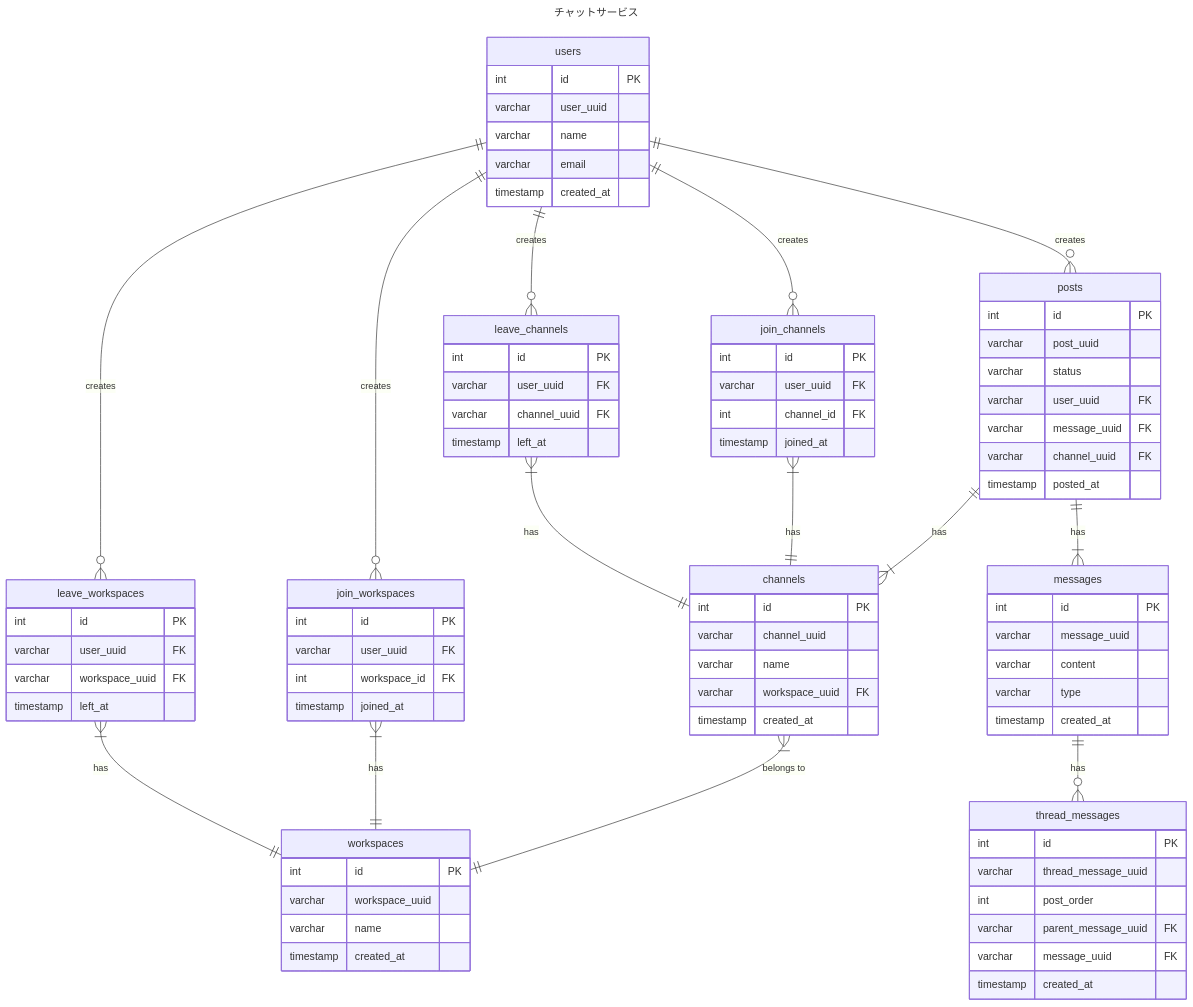
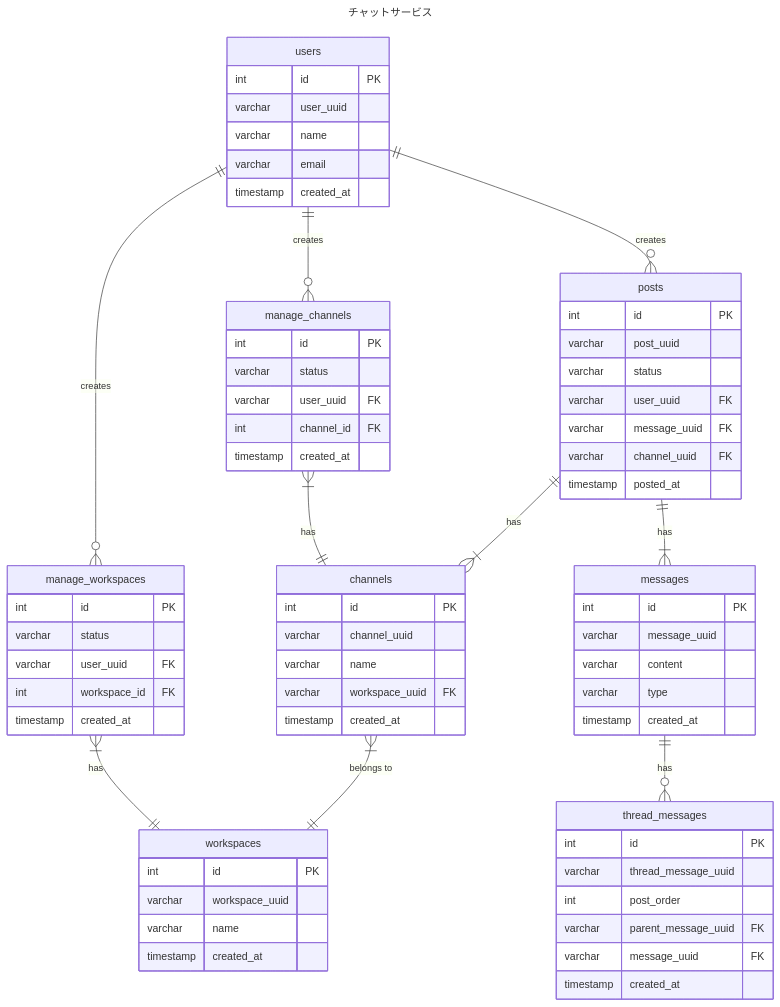
Before and after one commit to ttakuma17/til: the diagram in db/modeling/2/er.md, drawn with Mermaid.

Commit message:
テーブル名はしっくりこないがjoinとleave系のテーブルをマージ1つにまとめるERD

````diff
--- a/db/modeling/2/er.md
+++ b/db/modeling/2/er.md
@@ -48,33 +48,21 @@
     varchar workspace_uuid FK
     timestamp created_at
   }
-  %% ワークスペース参加(E)
-  join_workspaces {
+  %% ワークスペース(E)
+  manage_workspaces {
     int id PK
+    varchar status
     varchar user_uuid FK
     int workspace_id FK
-    timestamp joined_at
+    timestamp created_at
   }
-  %% チャンネル参加(E)
-  join_channels {
+  %% チャンネル(E)
+  manage_channels {
     int id PK
+    varchar status
     varchar user_uuid FK
     int channel_id FK
-    timestamp joined_at
-  }
-  %% ワークスペース退出(E)
-  leave_workspaces{
-    int id PK
-    varchar user_uuid FK
-    varchar workspace_uuid FK
-    timestamp left_at
-  }
-  %% チャンネル退出(E)
-  leave_channels{
-    int id PK
-    varchar user_uuid FK
-    varchar channel_uuid FK
-    timestamp left_at
+    timestamp created_at
   }
   %% 投稿(E)
   posts{
@@ -105,16 +93,12 @@
     timestamp created_at
   }
   
-  users ||--o{ join_workspaces: "creates"
-  users ||--o{ join_channels: "creates"
-  users ||--o{ leave_workspaces: "creates"
-  users ||--o{ leave_channels: "creates"
+  users ||--o{ manage_workspaces: "creates"
+  users ||--o{ manage_channels: "creates"
   users ||--o{ posts: "creates"
   channels }| -- || workspaces: "belongs to"
   posts ||--|{ channels: "has"
   posts ||--|{ messages: "has"
-  join_workspaces }|--|| workspaces: "has"
-  join_channels }|--|| channels: "has"
-  leave_workspaces }|--|| workspaces: "has"
-  leave_channels }|--|| channels: "has"
+  manage_workspaces }|--|| workspaces: "has"
+  manage_channels }|--|| channels: "has"
 ```
````
